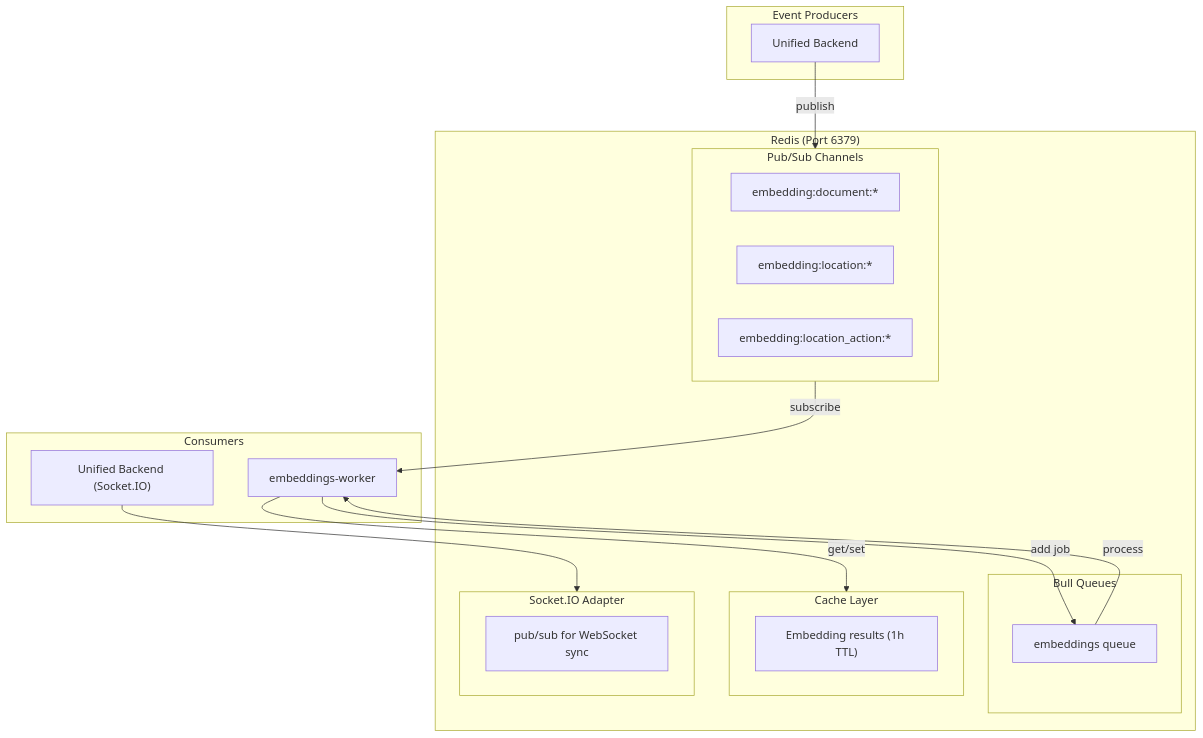
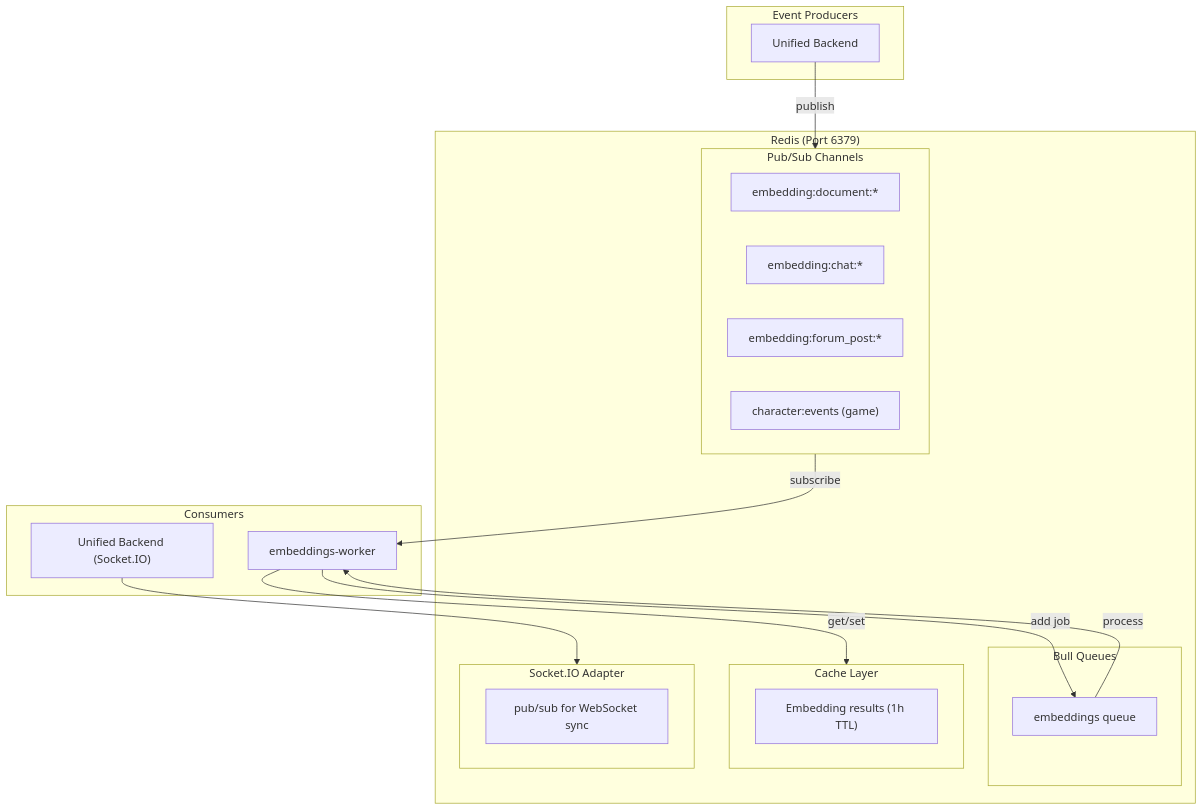
Before and after one commit to pagliagen/tenpennynovels: the first of 4 diagrams in docs/tecnica/infrastructure/redis-pubsub.md, drawn with Mermaid. The commit also changed other lines of this file and 712 other files, not shown here.

````diff
--- a/docs/tecnica/infrastructure/redis-pubsub.md
+++ b/docs/tecnica/infrastructure/redis-pubsub.md
@@ -24,38 +24,39 @@
 ```mermaid
 flowchart TB
     subgraph Redis["Redis (Port 6379)"]
         subgraph PubSub["Pub/Sub Channels"]
             E1["embedding:document:*"]
-            E2["embedding:location:*"]
-            E3["embedding:location_action:*"]
+            E2["embedding:chat:*"]
+            E3["embedding:forum_post:*"]
+            E4["character:events (game)"]
         end
 
         subgraph Bull["Bull Queues"]
             Q1["embeddings queue"]
         end
 
         subgraph Cache["Cache Layer"]
             C1["Embedding results (1h TTL)"]
         end
 
         subgraph Adapter["Socket.IO Adapter"]
             A1["pub/sub for WebSocket sync"]
         end
     end
 
     subgraph Producers["Event Producers"]
         UB["Unified Backend"]
     end
 
     subgraph Consumers["Consumers"]
         EW["embeddings-worker"]
         UB2["Unified Backend (Socket.IO)"]
     end
 
     UB -->|"publish"| PubSub
     PubSub -->|"subscribe"| EW
     EW -->|"add job"| Q1
     Q1 -->|"process"| EW
     EW -->|"get/set"| Cache
     UB2 --> Adapter
 ```
````
